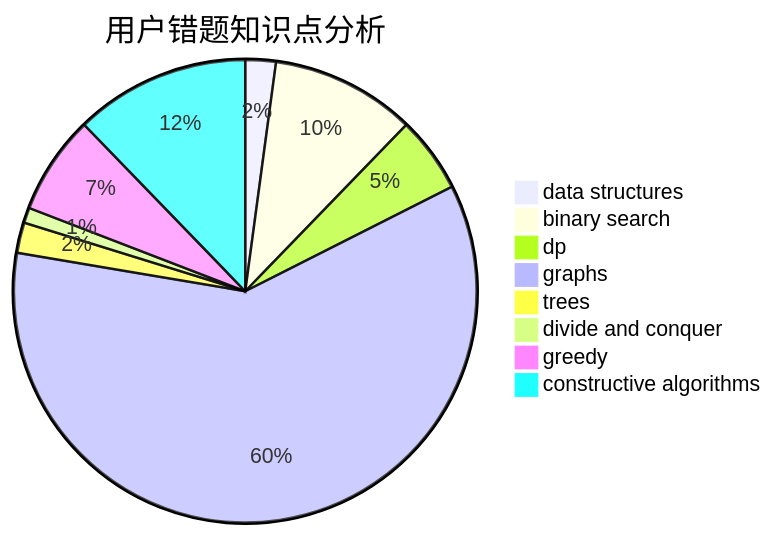
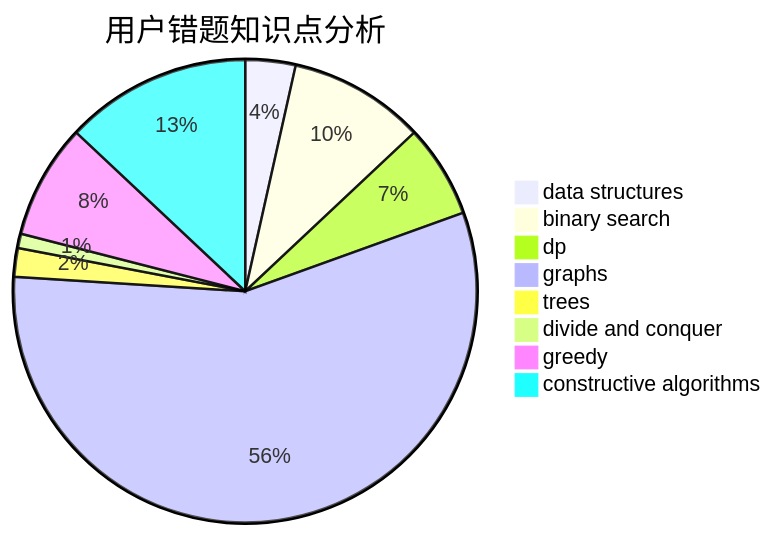
One commit to sherpahu/cfrs.github.io changed the third of 3 diagrams in docs/user/u1304.md. Above: the diagram before and after it, drawn with Mermaid. The commit also changed other lines of this file and 2770 other files, not shown here.

````diff
--- a/docs/user/u1304.md
+++ b/docs/user/u1304.md
@@ -36,11 +36,11 @@
 ```mermaid
 pie title 用户错题知识点分析
-    "data structures" :  4
+    "data structures" :  7
     "binary search" :  19
-    "dp" :  10
+    "dp" :  13
     "graphs" :  113
     "trees" :  4
     "divide and conquer" :  2
-    "greedy" :  13
-    "constructive algorithms" :  23
+    "greedy" :  16
+    "constructive algorithms" :  26
 ```
````
